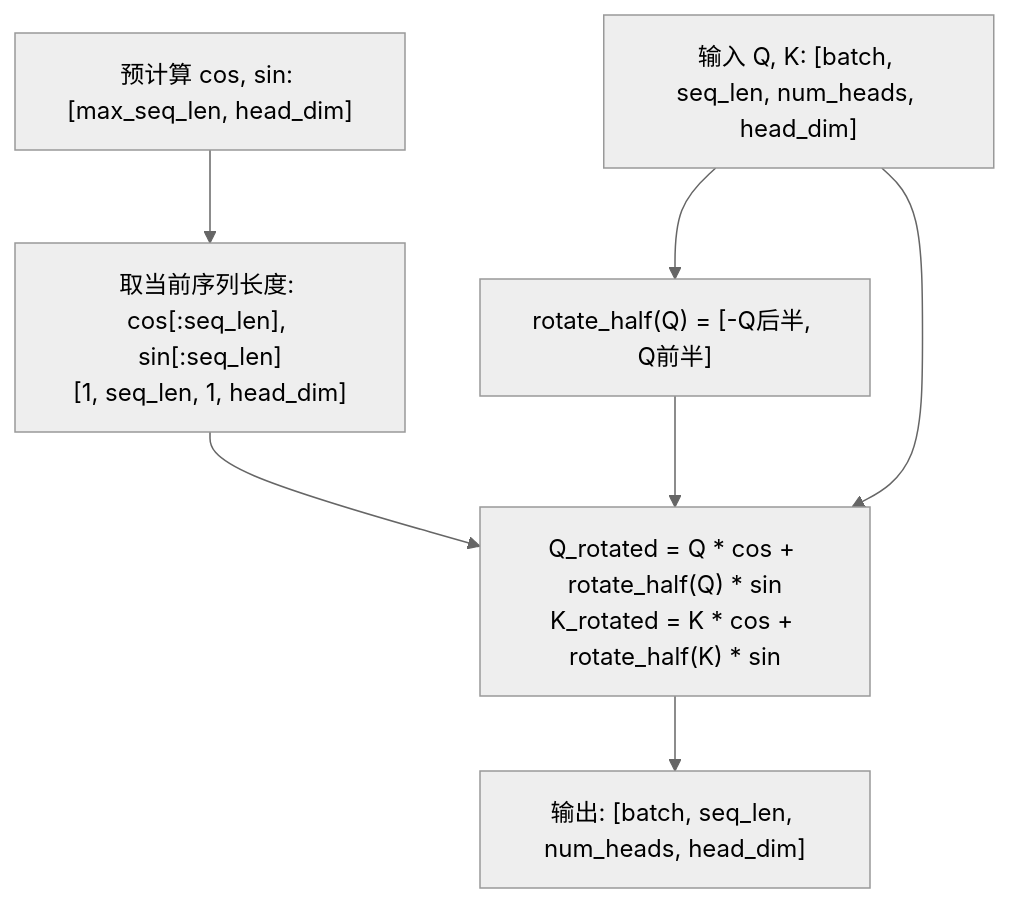
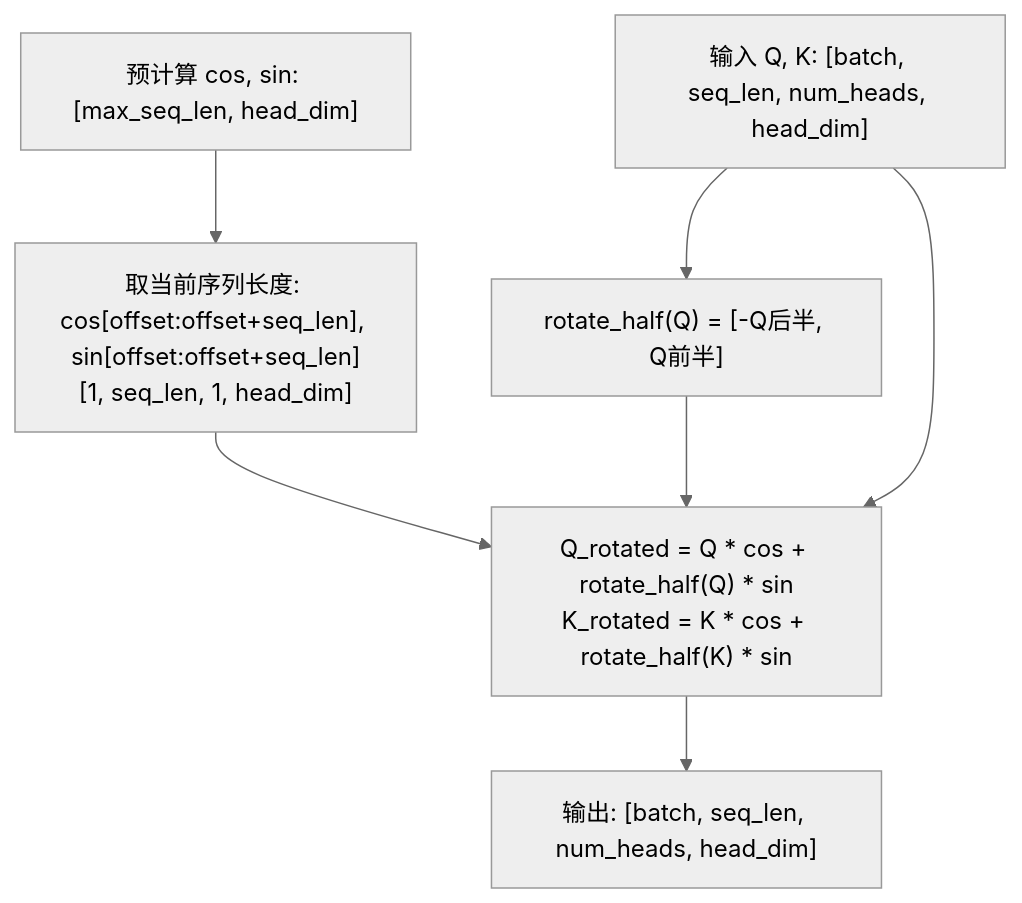
Before and after one commit to lyc61c/LLM-Interview-Code: the seventh of 14 diagrams in README.md, drawn with Mermaid (neutral theme). The commit also changed other lines of this file and 1 other file, not shown here.

````diff
--- a/README.md
+++ b/README.md
@@ -462,11 +403,11 @@
 ```mermaid
 flowchart TD
     QK["输入 Q, K: [batch, seq_len, num_heads, head_dim]"]
     Precompute["预计算 cos, sin: [max_seq_len, head_dim]"]
-    Precompute --> Slice["取当前序列长度: cos[:seq_len], sin[:seq_len]<br/>[1, seq_len, 1, head_dim]"]
+    Precompute --> Slice["取当前序列长度: cos[offset:offset+seq_len], sin[offset:offset+seq_len]<br/>[1, seq_len, 1, head_dim]"]
     QK --> Rotate["rotate_half(Q) = [-Q后半, Q前半]"]
     Slice --> Apply["Q_rotated = Q * cos + rotate_half(Q) * sin<br/>K_rotated = K * cos + rotate_half(K) * sin"]
     Rotate --> Apply
     QK --> Apply
     Apply --> Output["输出: [batch, seq_len, num_heads, head_dim]"]
 ```
````
